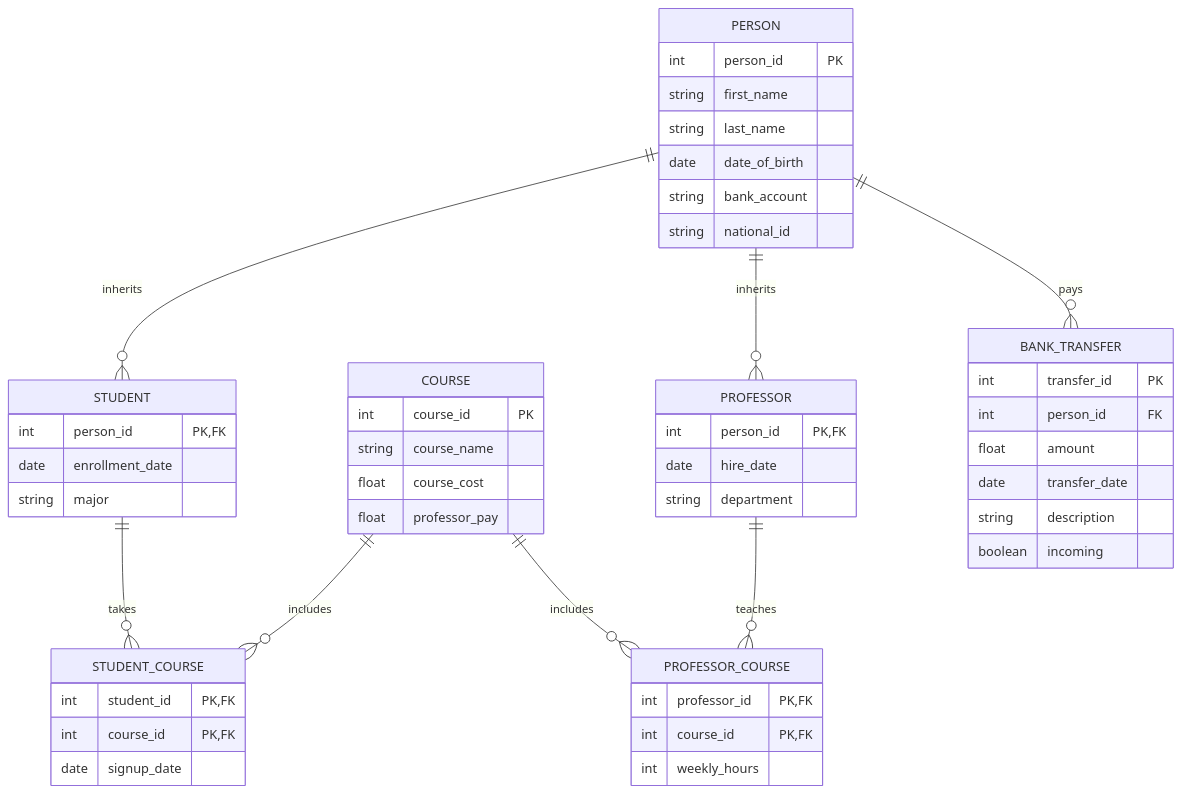
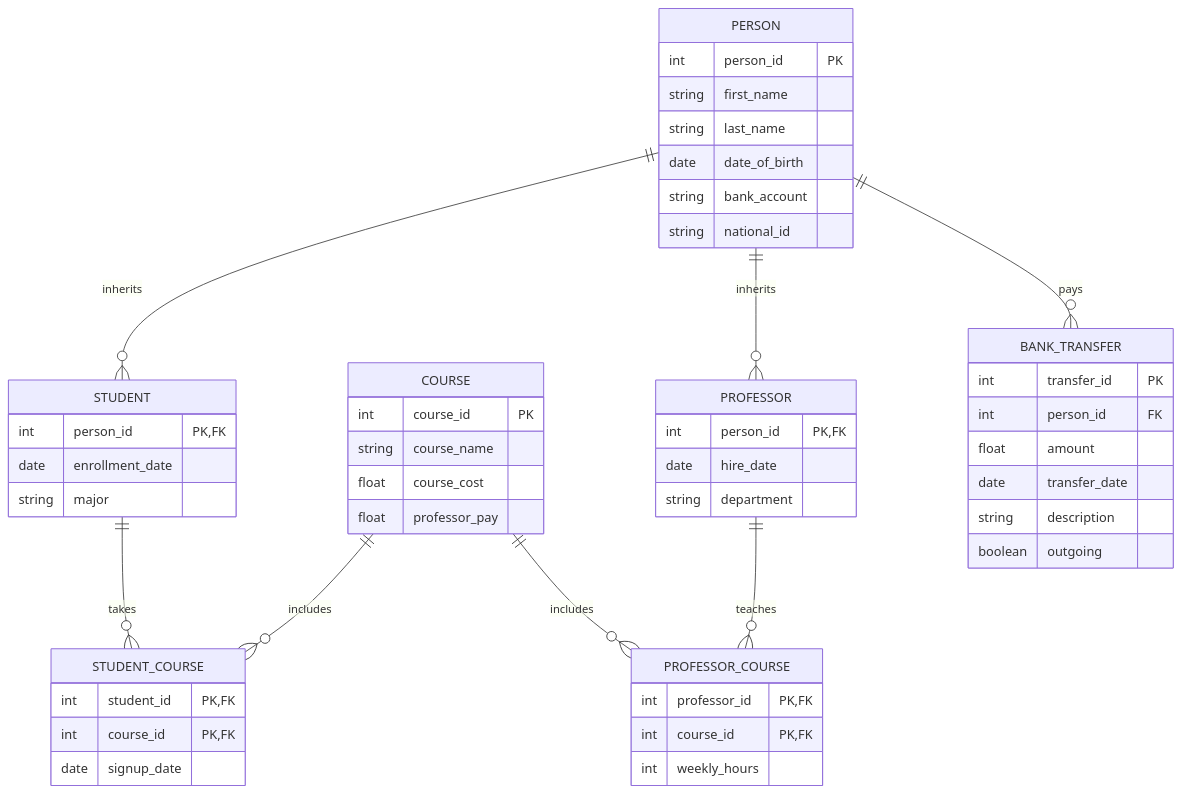
One commit to ashebson/mini_project_in_databases changed the diagram in design/Design.md. Above: the diagram before and after it, drawn with Mermaid. The commit also changed 1 other file, not shown here.

Commit message:
added some param queries

````diff
--- a/design/Design.md
+++ b/design/Design.md
@@ -1,59 +1,59 @@
 ```mermaid
 erDiagram
     COURSE {
         int course_id PK
         string course_name
         float course_cost
         float professor_pay
     }
     
     PERSON {
         int person_id PK
         string first_name
         string last_name
         date date_of_birth
         string bank_account
         string national_id
     }
     
     STUDENT {
         int person_id PK, FK
         date enrollment_date
         string major
     }
     
     PROFESSOR {
         int person_id PK, FK
         date hire_date
         string department
     }
     
     STUDENT_COURSE {
         int student_id PK, FK
         int course_id PK, FK
         date signup_date
     }
     
     BANK_TRANSFER {
         int transfer_id PK
         int person_id FK
         float amount
         date transfer_date
         string description
-        boolean incoming
+        boolean outgoing
     }
     
     PROFESSOR_COURSE {
         int professor_id PK, FK
         int course_id PK, FK
         int weekly_hours
     }
 
     PERSON ||--o{ STUDENT: inherits
     PERSON ||--o{ PROFESSOR: inherits
     PERSON ||--o{ BANK_TRANSFER: pays
     STUDENT ||--o{ STUDENT_COURSE: takes
     COURSE ||--o{ STUDENT_COURSE: includes
     COURSE ||--o{ PROFESSOR_COURSE: includes
     PROFESSOR ||--o{ PROFESSOR_COURSE: teaches
 ```
````
